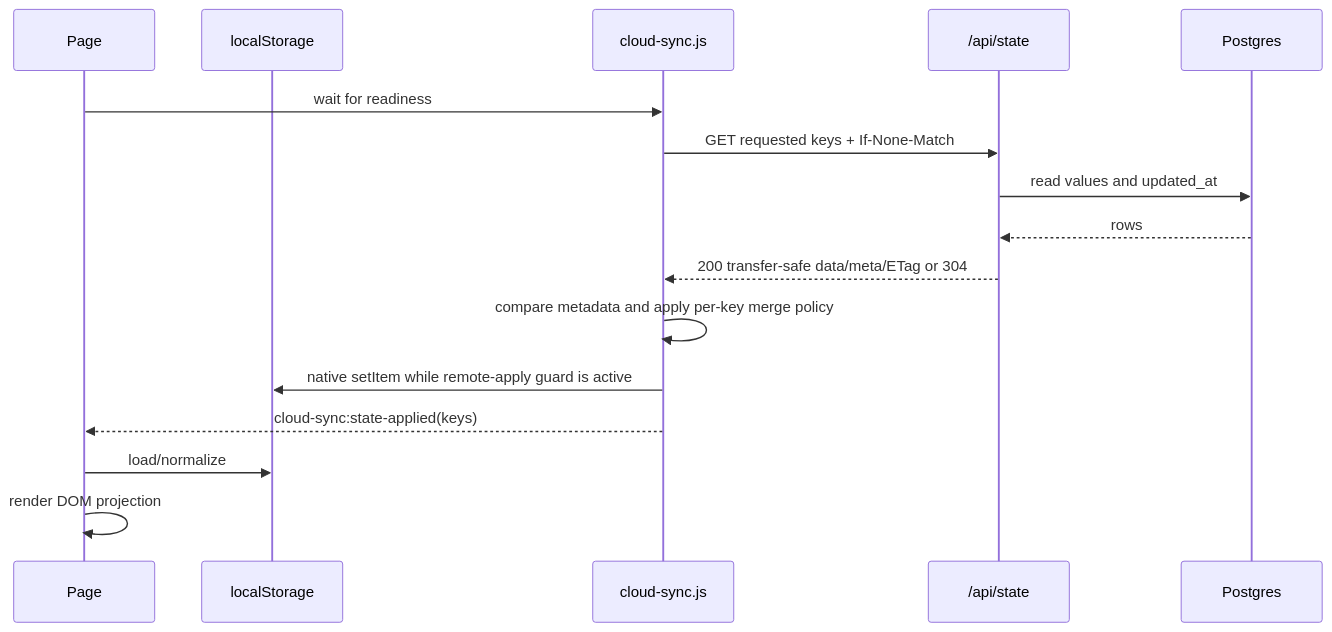
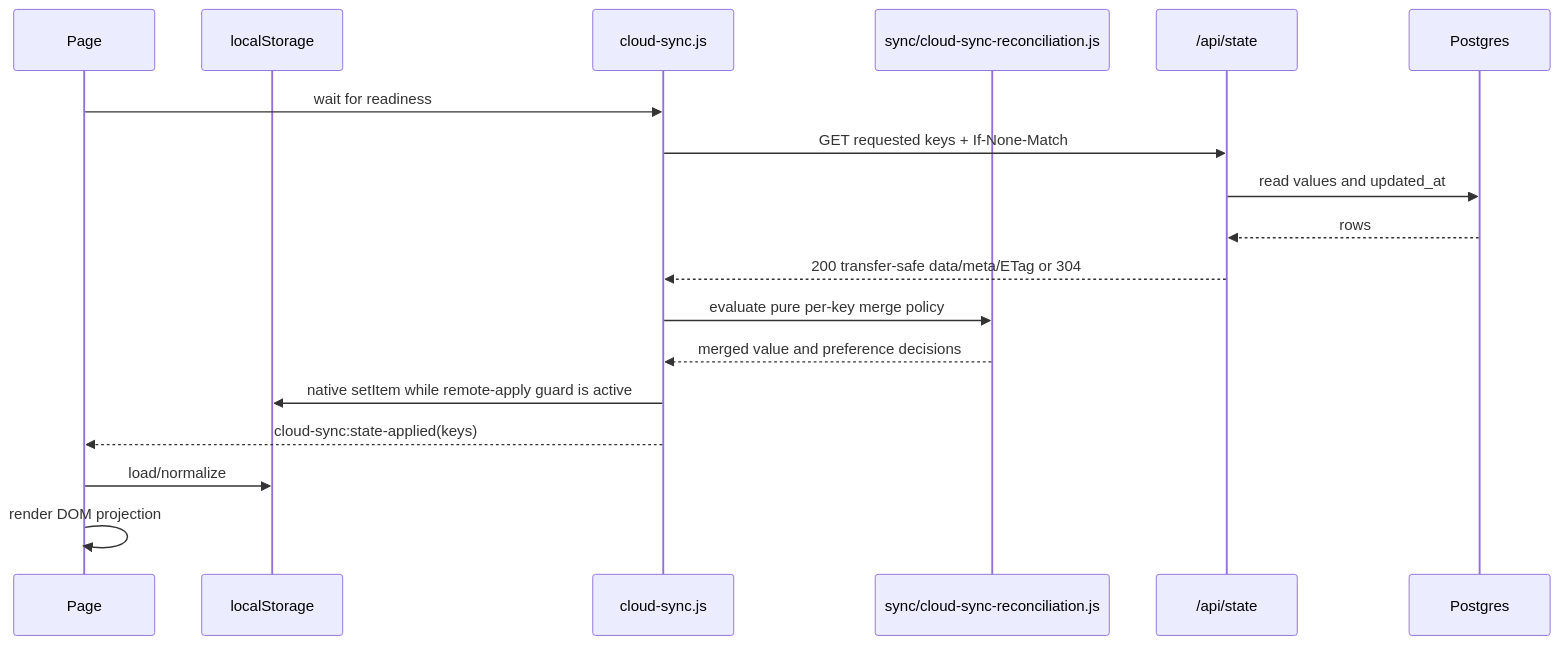
Before and after one commit to yoobinsy-dev/gallery-1019-site-backup: the first of 2 diagrams in docs/refactor/DATA_FLOW.md, drawn with Mermaid. The commit also changed other lines of this file and 4 other files, not shown here.

Commit message:
docs: finalize refactor architecture report

````diff
--- a/docs/refactor/DATA_FLOW.md
+++ b/docs/refactor/DATA_FLOW.md
@@ -13,18 +13,20 @@
 ```mermaid
 sequenceDiagram
   participant Page
   participant Local as localStorage
   participant Sync as cloud-sync.js
+  participant Reconcile as sync/cloud-sync-reconciliation.js
   participant API as /api/state
   participant DB as Postgres
   Page->>Sync: wait for readiness
   Sync->>API: GET requested keys + If-None-Match
   API->>DB: read values and updated_at
   DB-->>API: rows
   API-->>Sync: 200 transfer-safe data/meta/ETag or 304
-  Sync->>Sync: compare metadata and apply per-key merge policy
+  Sync->>Reconcile: evaluate pure per-key merge policy
+  Reconcile-->>Sync: merged value and preference decisions
   Sync->>Local: native setItem while remote-apply guard is active
   Sync-->>Page: cloud-sync:state-applied(keys)
   Page->>Local: load/normalize
   Page->>Page: render DOM projection
 ```
````
